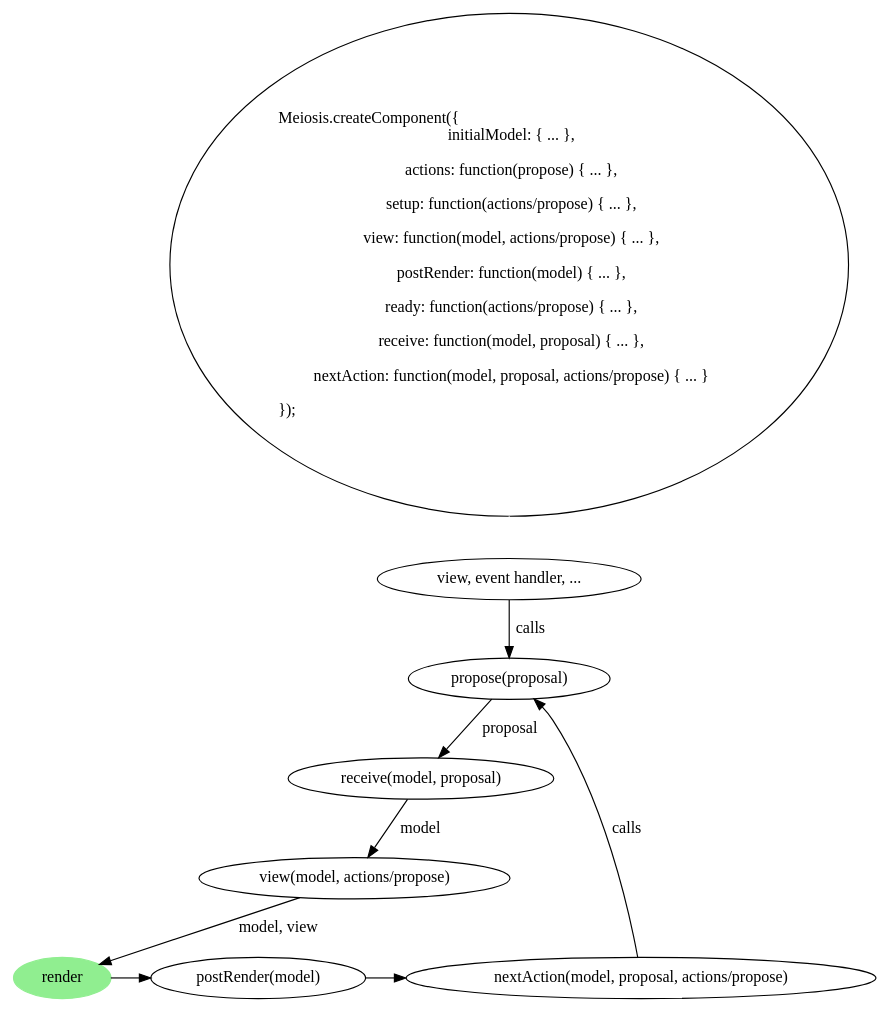
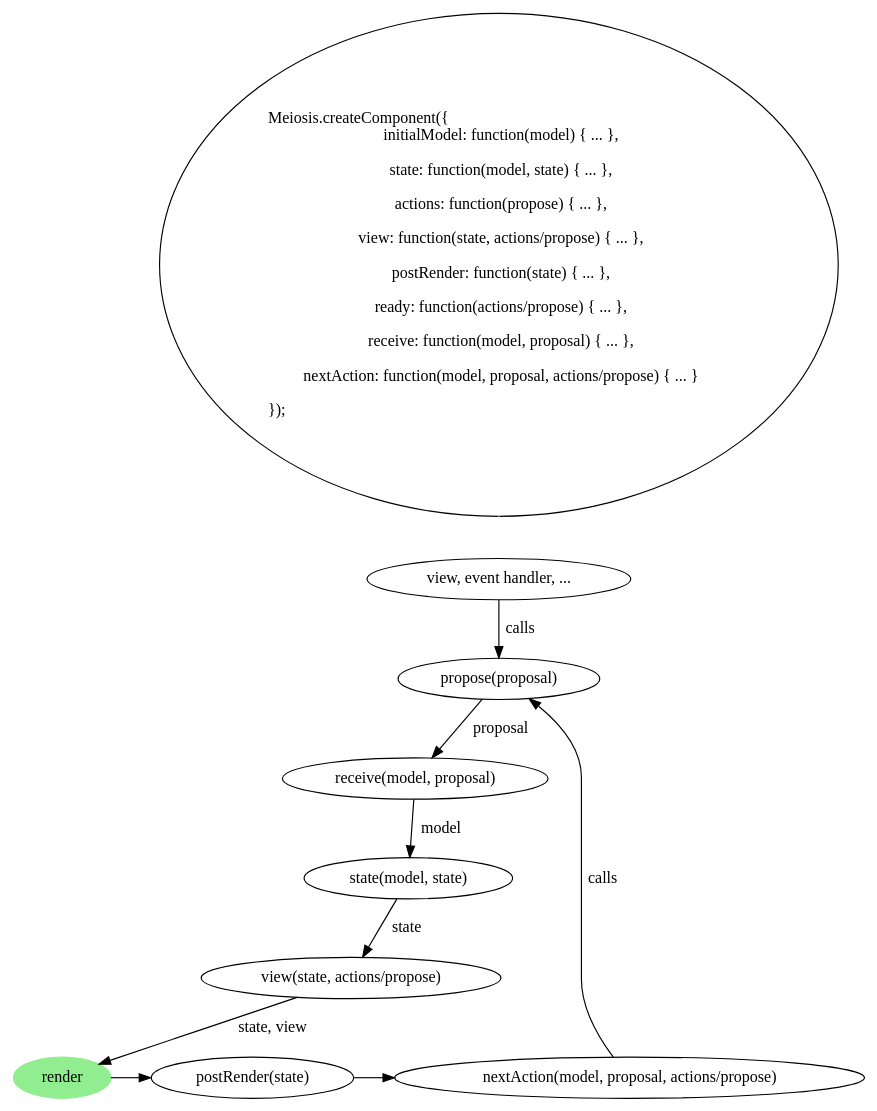
One commit to foxdonut/meiosis-guide changed the diagram in images/meiosis_update.dot. Above: the diagram before and after it, drawn with Graphviz. The commit also changed 3 other files, not shown here.

```diff
--- a/images/meiosis_update.dot
+++ b/images/meiosis_update.dot
@@ -1,30 +1,32 @@
 digraph meiosis_update {
-  createComponent [fontname=Hack, label = "\lMeiosis.createComponent(\{\l\ \ initialModel: \{ ... \},
+  createComponent [fontname=Hack, label = "\lMeiosis.createComponent(\{\l\ \ initialModel: function(model) \{ ... \},
+    \l  state: function(model, state) \{ ... \},
     \l  actions: function(propose) \{ ... \},
-    \l  setup: function(actions/propose) \{ ... \},
-    \l  view: function(model, actions/propose) \{ ... \},
-    \l  postRender: function(model) \{ ... \},
+    \l  view: function(state, actions/propose) \{ ... \},
+    \l  postRender: function(state) \{ ... \},
     \l  ready: function(actions/propose) \{ ... \},
     \l  receive: function(model, proposal) \{ ... \},
     \l  nextAction: function(model, proposal, actions/propose) \{ ... \}
     \l\});\l\l"]
 
   trigger [label = "view, event handler, ..."]
   propose [label = "propose(proposal)", fontname=Hack]
   receive [label = "receive(model, proposal)", fontname=Hack]
-  view [label = "view(model, actions/propose)", fontname=Hack]
+  state [label = "state(model, state)", fontname=Hack]
+  view [label = "view(state, actions/propose)", fontname=Hack]
   render [style=filled, color=lightgreen]
-  postRender [label = "postRender(model)", fontname=Hack]
+  postRender [label = "postRender(state)", fontname=Hack]
   nextAction [label = "nextAction(model, proposal, actions/propose)", fontname=Hack]
 
   {rank=same; render postRender nextAction}
 
   createComponent -> trigger [arrowhead=none, arrowtail=empty, color=white]
   trigger -> propose [label = " calls"]
   propose -> receive [label = " proposal"]
-  receive -> view [label = " model"]
-  view -> render [label = " model, view"]
+  receive -> state [label = " model"]
+  state -> view [label = " state"]
+  view -> render [label = " state, view"]
   render -> postRender
   postRender -> nextAction
   nextAction -> propose [label = " calls"]
 }
```
